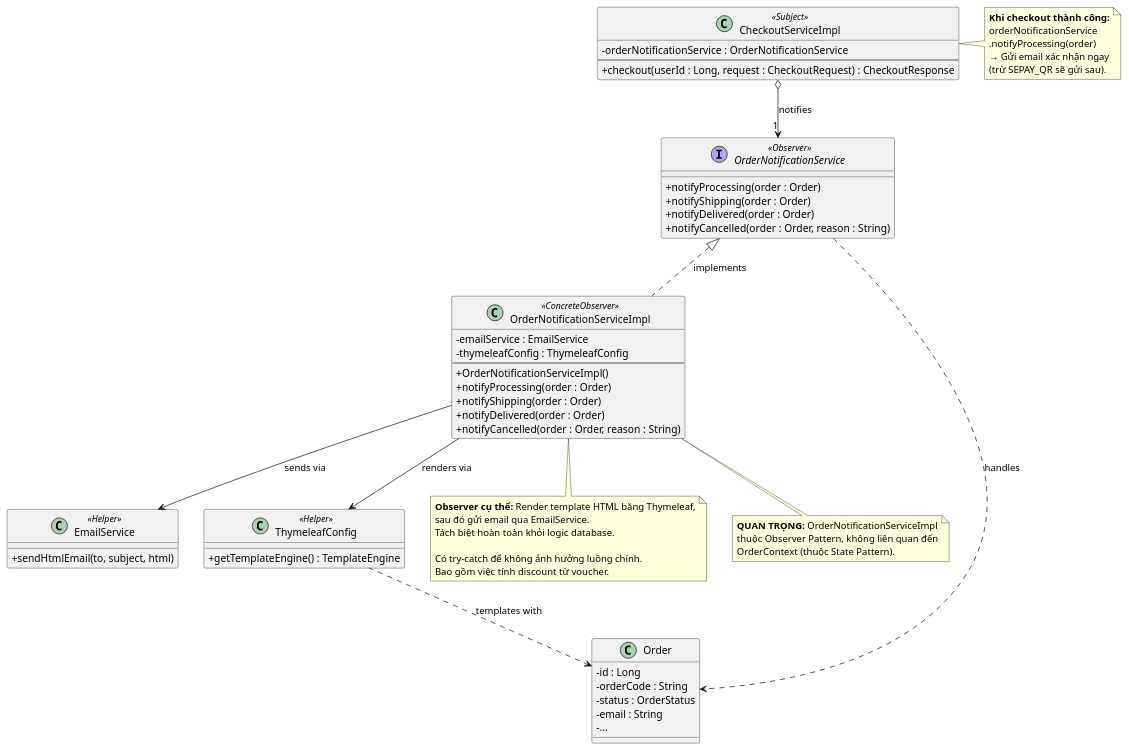
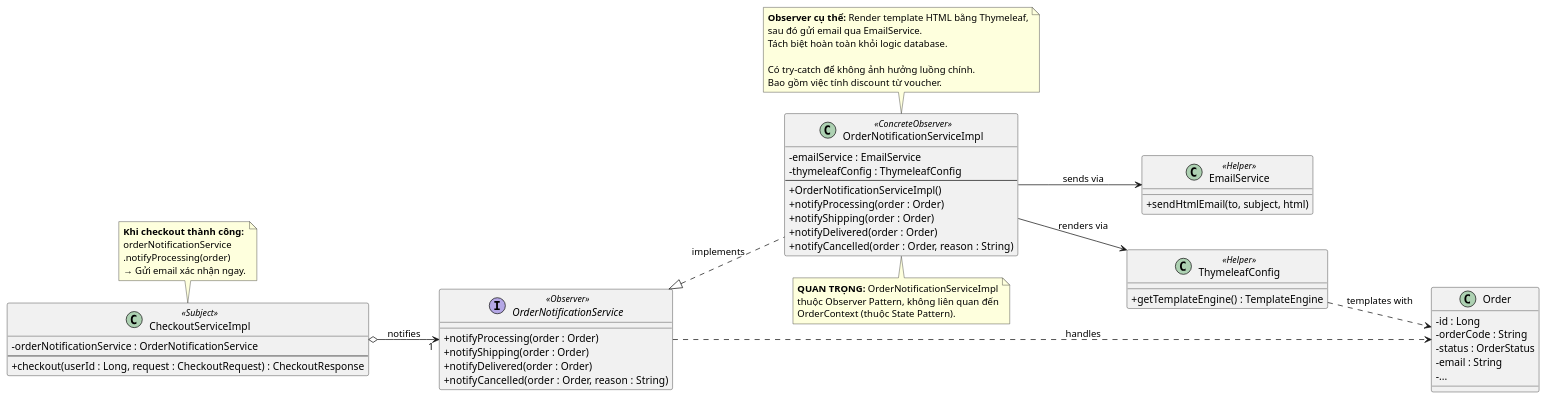
The diagram in src/Hieu_Pattern_Puml/observer_order.puml (trihieuvo/justFUML), drawn with PlantUML before and after one commit. The commit also changed 8 other files, not shown here.

First line of the commit message:
Add slide design guide and tidy PlantUML diagrams

```diff
--- a/src/Hieu_Pattern_Puml/observer_order.puml
+++ b/src/Hieu_Pattern_Puml/observer_order.puml
@@ -1,80 +1,82 @@
 @startuml
 skinparam ClassAttributeIconSize 0
+left to right direction
+skinparam ranksep 50
+skinparam nodesep 30
 
 ' --- Observer Interface ---
 interface OrderNotificationService <<Observer>> {
   + notifyProcessing(order : Order)
   + notifyShipping(order : Order)
   + notifyDelivered(order : Order)
   + notifyCancelled(order : Order, reason : String)
 }
 
 ' --- Concrete Observer ---
 class OrderNotificationServiceImpl <<ConcreteObserver>> {
   - emailService : EmailService
   - thymeleafConfig : ThymeleafConfig
   --
   + OrderNotificationServiceImpl()
   + notifyProcessing(order : Order)
   + notifyShipping(order : Order)
   + notifyDelivered(order : Order)
   + notifyCancelled(order : Order, reason : String)
 }
 
 ' --- Subject (Publisher) ---
 class CheckoutServiceImpl <<Subject>> {
   - orderNotificationService : OrderNotificationService
   --
   + checkout(userId : Long, request : CheckoutRequest) : CheckoutResponse
 }
 
 ' --- Dependencies ---
 class EmailService <<Helper>> {
   + sendHtmlEmail(to, subject, html)
 }
 
 class ThymeleafConfig <<Helper>> {
   + getTemplateEngine() : TemplateEngine
 }
 
 ' --- Data Entity ---
 class Order {
     - id : Long
     - orderCode : String
     - status : OrderStatus
     - email : String
     - ...
 }
 
 ' --- Relationships ---
 OrderNotificationService <|.. OrderNotificationServiceImpl : "implements"
 OrderNotificationServiceImpl --> EmailService : "sends via"
 OrderNotificationServiceImpl --> ThymeleafConfig : "renders via"
 CheckoutServiceImpl o--> "1" OrderNotificationService : "notifies"
 OrderNotificationService ..> Order : "handles"
 ThymeleafConfig ..> Order : "templates with"
 
-note bottom of OrderNotificationServiceImpl
+note top of OrderNotificationServiceImpl
   **Observer cụ thể:** Render template HTML bằng Thymeleaf,
   sau đó gửi email qua EmailService.
   Tách biệt hoàn toàn khỏi logic database.
 
   Có try-catch để không ảnh hưởng luồng chính.
   Bao gồm việc tính discount từ voucher.
 end note
 
-note right of CheckoutServiceImpl
+note top of CheckoutServiceImpl
   **Khi checkout thành công:**
   orderNotificationService
   .notifyProcessing(order)
-  → Gửi email xác nhận ngay
-  (trừ SEPAY_QR sẽ gửi sau).
+  → Gửi email xác nhận ngay.
 end note
 
 note bottom of OrderNotificationServiceImpl
   **QUAN TRỌNG:** OrderNotificationServiceImpl
   thuộc Observer Pattern, không liên quan đến
   OrderContext (thuộc State Pattern).
 end note
 
 @enduml
```
